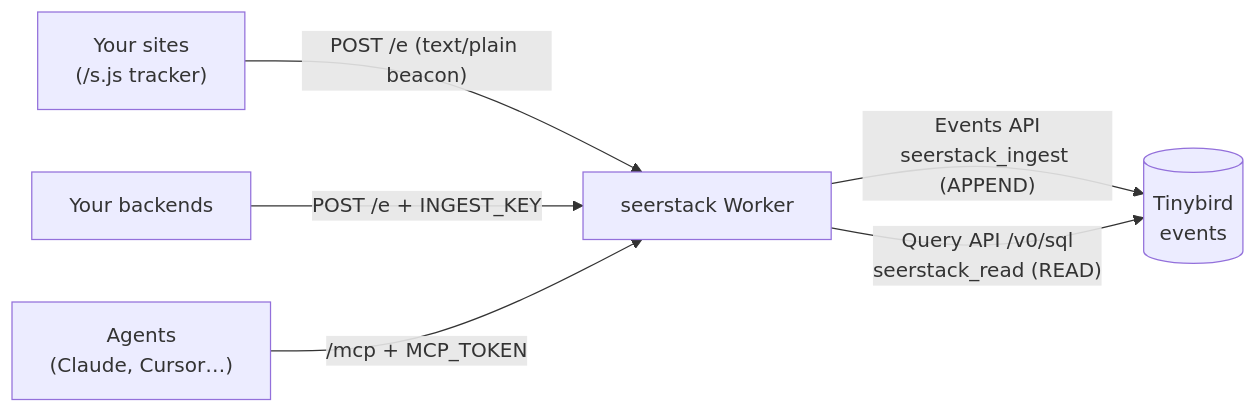
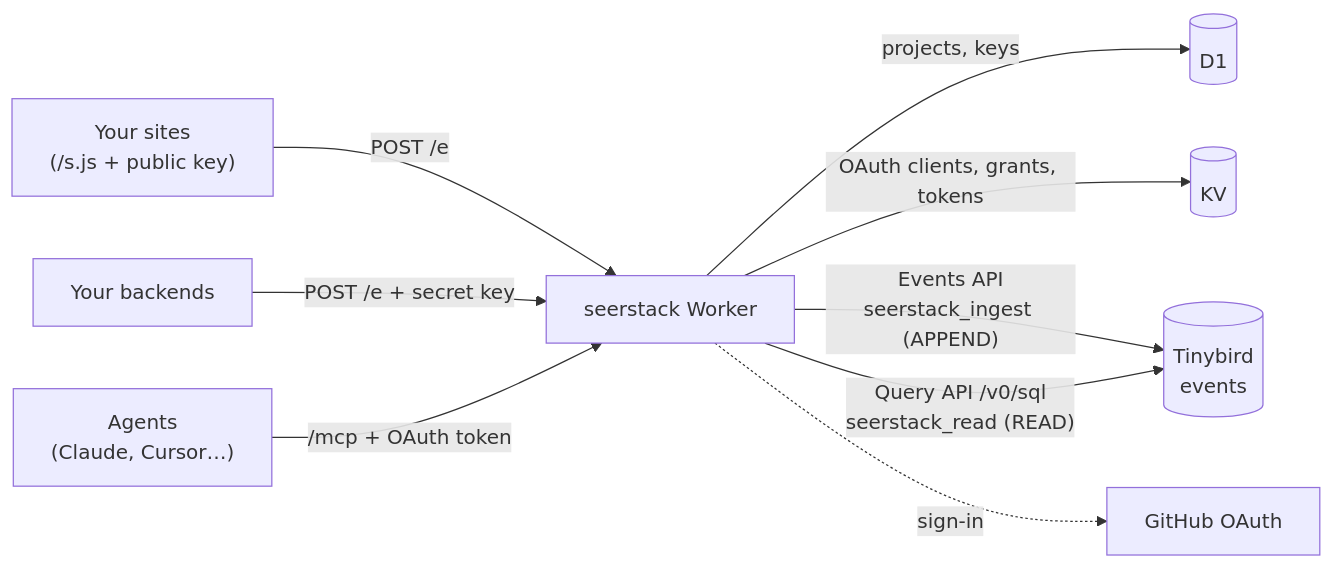
One commit to dqnamo/seerstack changed the diagram in .context/architecture.md. Above: the diagram before and after it, drawn with Mermaid. The commit also changed other lines of this file and 28 other files, not shown here.

First line of the commit message:
Manage projects over MCP and protect /mcp with GitHub OAuth

````diff
--- a/.context/architecture.md
+++ b/.context/architecture.md
@@ -5,8 +5,11 @@
 ```mermaid
 flowchart LR
-  browser["Your sites<br/>(/s.js tracker)"] -- "POST /e (text/plain beacon)" --> worker
-  servers["Your backends"] -- "POST /e + INGEST_KEY" --> worker
-  agents["Agents<br/>(Claude, Cursor…)"] -- "/mcp + MCP_TOKEN" --> worker
-  worker["seerstack Worker"] -- "Events API<br/>seerstack_ingest (APPEND)" --> tb[("Tinybird<br/>events")]
+  browser["Your sites<br/>(/s.js + public key)"] -- "POST /e" --> worker
+  servers["Your backends"] -- "POST /e + secret key" --> worker
+  agents["Agents<br/>(Claude, Cursor…)"] -- "/mcp + OAuth token" --> worker
+  worker["seerstack Worker"] -- "projects, keys" --> d1[("D1")]
+  worker -- "OAuth clients, grants, tokens" --> kv[("KV")]
+  worker -- "Events API<br/>seerstack_ingest (APPEND)" --> tb[("Tinybird<br/>events")]
   worker -- "Query API /v0/sql<br/>seerstack_read (READ)" --> tb
+  worker -. "sign-in" .-> gh["GitHub OAuth"]
 ```
````
